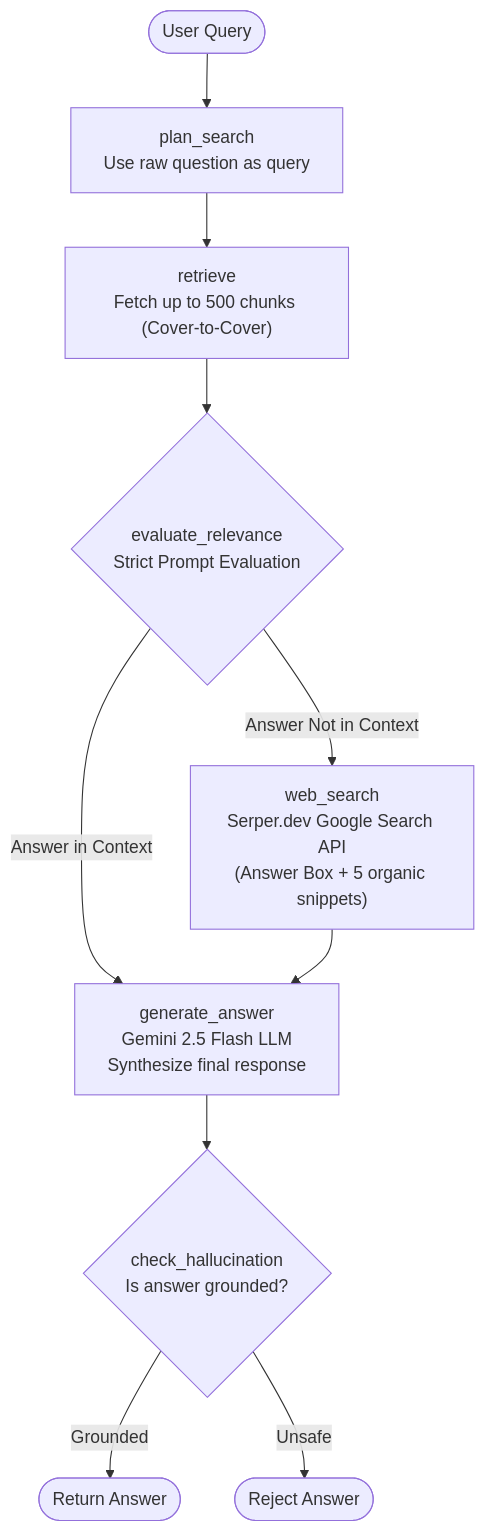
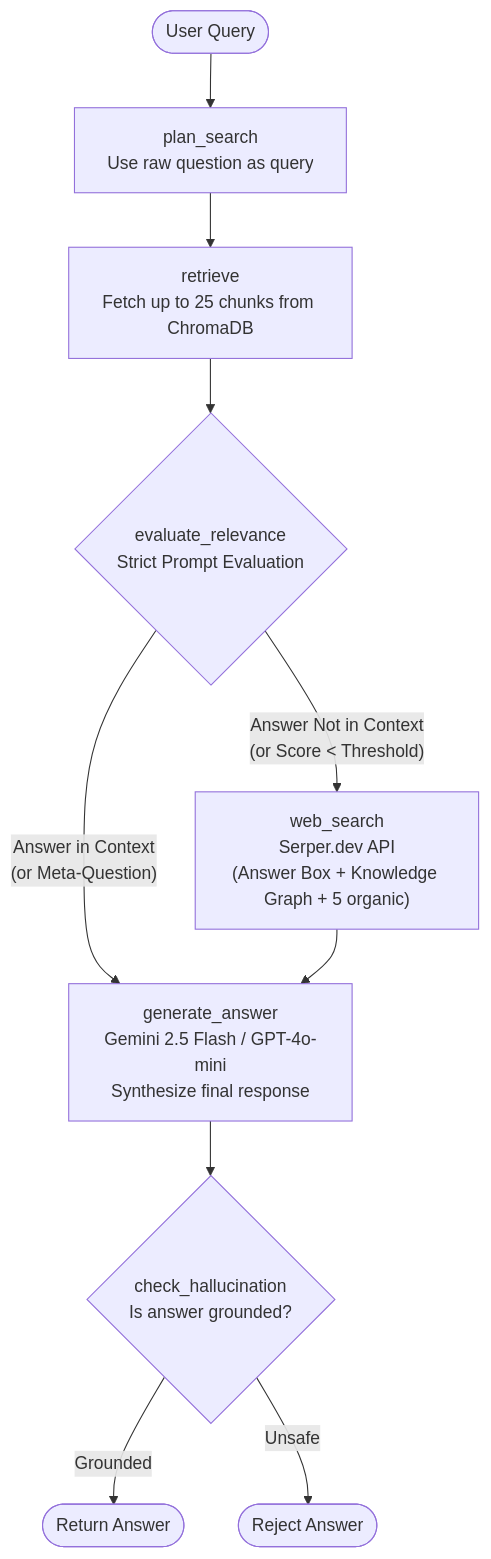
The diagram in README.md (SunnyKK007/Auto-Agentic-Rag), drawn with Mermaid before and after one commit. The commit also changed other lines of this file, not shown here.

````diff
--- a/README.md
+++ b/README.md
@@ -27,26 +48,26 @@
 ```mermaid
 flowchart TD
     A([User Query]) --> B
 
     B["plan_search\nUse raw question as query"]
     B --> C
 
-    C["retrieve\nFetch up to 500 chunks (Cover-to-Cover)"]
+    C["retrieve\nFetch up to 25 chunks from ChromaDB"]
     C --> D
 
     D{"evaluate_relevance\nStrict Prompt Evaluation"}
 
-    D -- "Answer in Context" --> F
-    D -- "Answer Not in Context" --> E
+    D -- "Answer in Context\n(or Meta-Question)" --> F
+    D -- "Answer Not in Context\n(or Score < Threshold)" --> E
 
-    E["web_search\nSerper.dev Google Search API\n(Answer Box + 5 organic snippets)"]
+    E["web_search\nSerper.dev API\n(Answer Box + Knowledge Graph + 5 organic)"]
     E --> F
 
-    F["generate_answer\nGemini 2.5 Flash LLM\nSynthesize final response"]
+    F["generate_answer\nGemini 2.5 Flash / GPT-4o-mini\nSynthesize final response"]
     F --> G
 
     G{"check_hallucination\nIs answer grounded?"}
 
     G -- "Grounded" --> H([Return Answer])
     G -- "Unsafe" --> I([Reject Answer])
 ```
````
